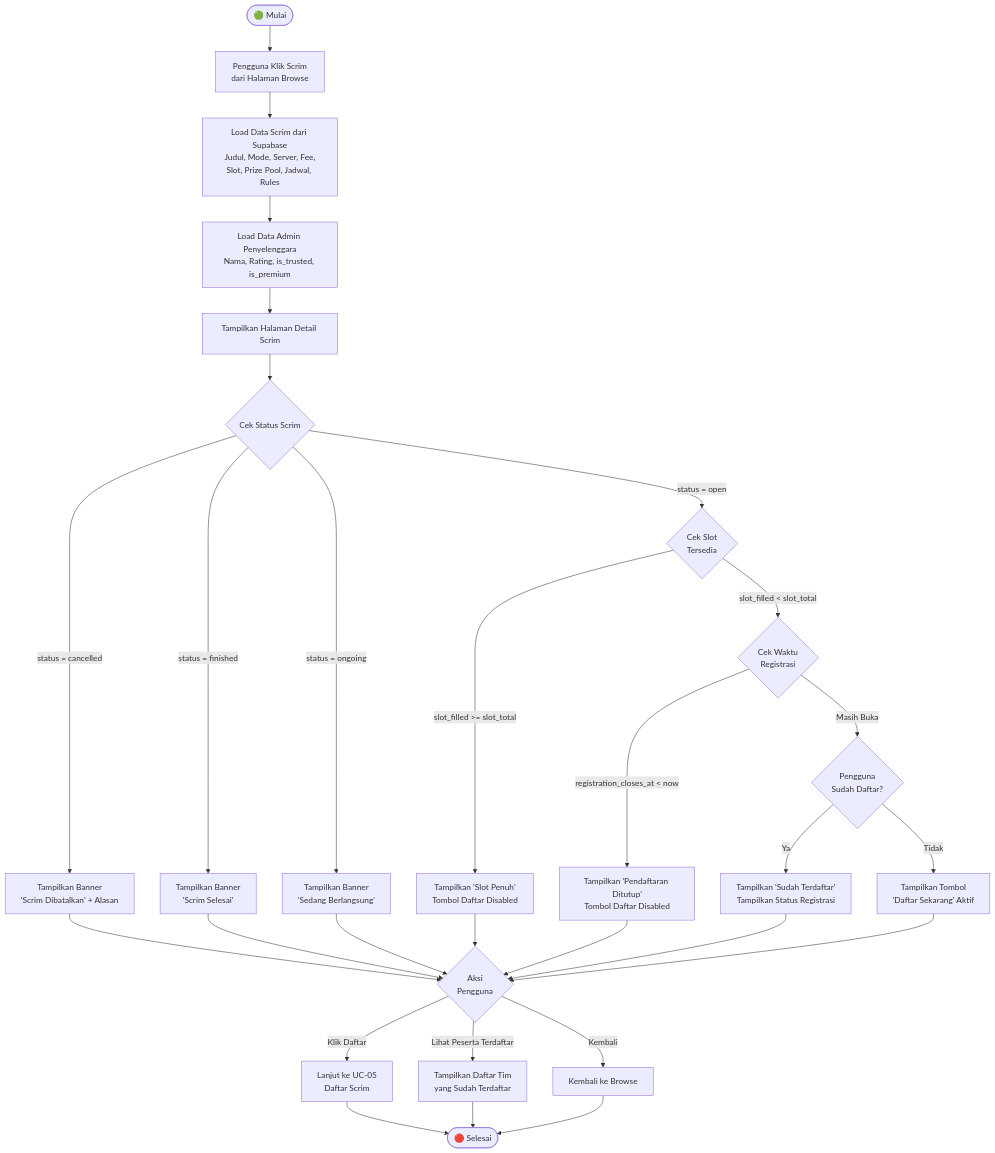
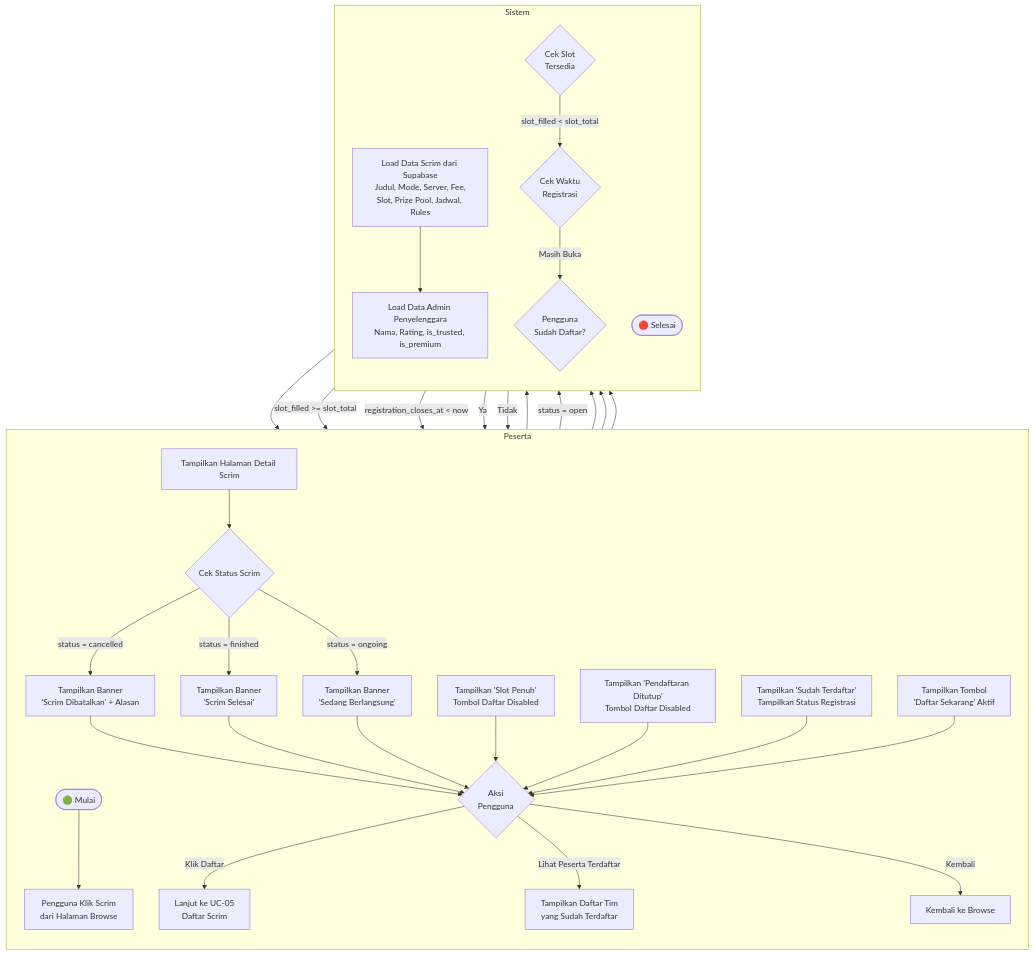
The fifth of 43 diagrams in DOKUMENTASI.md (yosima050/booyahhub), drawn with Mermaid before and after one commit. The commit also changed other lines of this file, not shown here.

Commit message:
docs: rename Platform Owner role to Platform and refactor Mermaid flowcharts in documentation

````diff
--- a/DOKUMENTASI.md
+++ b/DOKUMENTASI.md
@@ -280,24 +304,31 @@
 ```mermaid
 flowchart TD
-    A([🟢 Mulai]) --> B[Pengguna Klik Scrim\ndari Halaman Browse]
-    B --> C[Load Data Scrim dari Supabase\nJudul, Mode, Server, Fee,\nSlot, Prize Pool, Jadwal, Rules]
-    C --> D[Load Data Admin Penyelenggara\nNama, Rating, is_trusted, is_premium]
-    D --> E[Tampilkan Halaman Detail Scrim]
-    E --> F{Cek Status Scrim}
-    F -->|status = cancelled| G[Tampilkan Banner\n'Scrim Dibatalkan' + Alasan]
-    F -->|status = finished| H[Tampilkan Banner\n'Scrim Selesai']
-    F -->|status = ongoing| I[Tampilkan Banner\n'Sedang Berlangsung']
-    F -->|status = open| J{Cek Slot\nTersedia}
-    J -->|slot_filled >= slot_total| K[Tampilkan 'Slot Penuh'\nTombol Daftar Disabled]
-    J -->|slot_filled < slot_total| L{Cek Waktu\nRegistrasi}
-    L -->|registration_closes_at < now| M[Tampilkan 'Pendaftaran Ditutup'\nTombol Daftar Disabled]
-    L -->|Masih Buka| N{Pengguna\nSudah Daftar?}
-    N -->|Ya| O[Tampilkan 'Sudah Terdaftar'\nTampilkan Status Registrasi]
-    N -->|Tidak| P[Tampilkan Tombol\n'Daftar Sekarang' Aktif]
+    subgraph Peserta
+        direction TB
+        A([🟢 Mulai]) --> B[Pengguna Klik Scrim<br/>dari Halaman Browse]
+        E --> F
+        G & H & I & K & M & O & P --> Q{Aksi<br/>Pengguna}
+        Q -->|Klik Daftar| R[Lanjut ke UC-05<br/>Daftar Scrim]
+        Q -->|Lihat Peserta Terdaftar| S
+        Q -->|Kembali| T[Kembali ke Browse]
+    end
 
-    G & H & I & K & M & O & P --> Q{Aksi\nPengguna}
-    Q -->|Klik Daftar| R[Lanjut ke UC-05\nDaftar Scrim]
-    Q -->|Lihat Peserta Terdaftar| S[Tampilkan Daftar Tim\nyang Sudah Terdaftar]
-    Q -->|Kembali| T[Kembali ke Browse]
-    R & S & T --> U([🔴 Selesai])
+    subgraph Sistem
+        direction TB
+        B --> C[Load Data Scrim dari Supabase<br/>Judul, Mode, Server, Fee,<br/>Slot, Prize Pool, Jadwal, Rules]
+        C --> D[Load Data Admin Penyelenggara<br/>Nama, Rating, is_trusted, is_premium]
+        D --> E[Tampilkan Halaman Detail Scrim]
+        F{Cek Status Scrim} -->|status = cancelled| G[Tampilkan Banner<br/>'Scrim Dibatalkan' + Alasan]
+        F -->|status = finished| H[Tampilkan Banner<br/>'Scrim Selesai']
+        F -->|status = ongoing| I[Tampilkan Banner<br/>'Sedang Berlangsung']
+        F -->|status = open| J{Cek Slot<br/>Tersedia}
+        J -->|slot_filled >= slot_total| K[Tampilkan 'Slot Penuh'<br/>Tombol Daftar Disabled]
+        J -->|slot_filled < slot_total| L{Cek Waktu<br/>Registrasi}
+        L -->|registration_closes_at < now| M[Tampilkan 'Pendaftaran Ditutup'<br/>Tombol Daftar Disabled]
+        L -->|Masih Buka| N{Pengguna<br/>Sudah Daftar?}
+        N -->|Ya| O[Tampilkan 'Sudah Terdaftar'<br/>Tampilkan Status Registrasi]
+        N -->|Tidak| P[Tampilkan Tombol<br/>'Daftar Sekarang' Aktif]
+        S[Tampilkan Daftar Tim<br/>yang Sudah Terdaftar] --> U
+        R & T --> U([🔴 Selesai])
+    end
 ```
````
